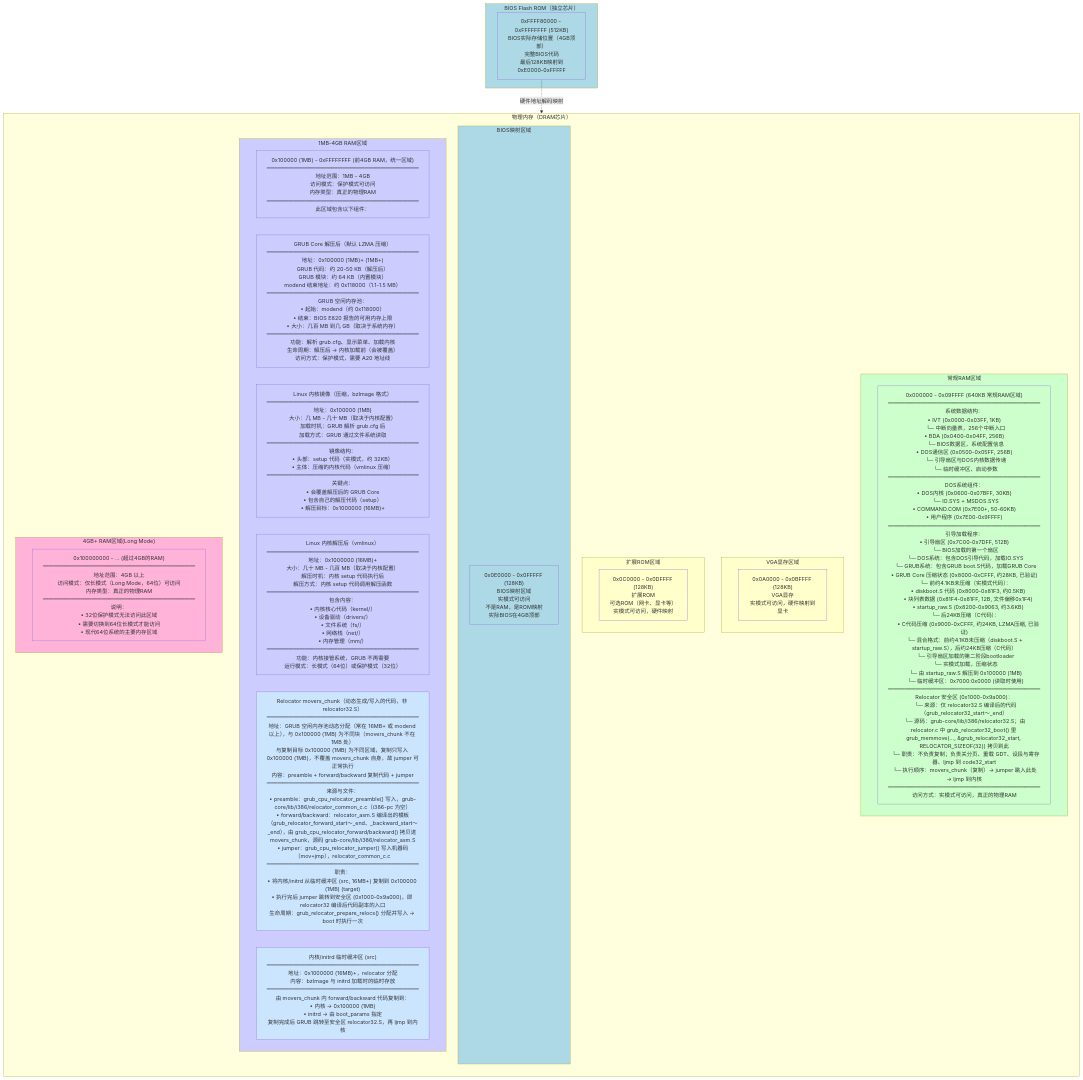
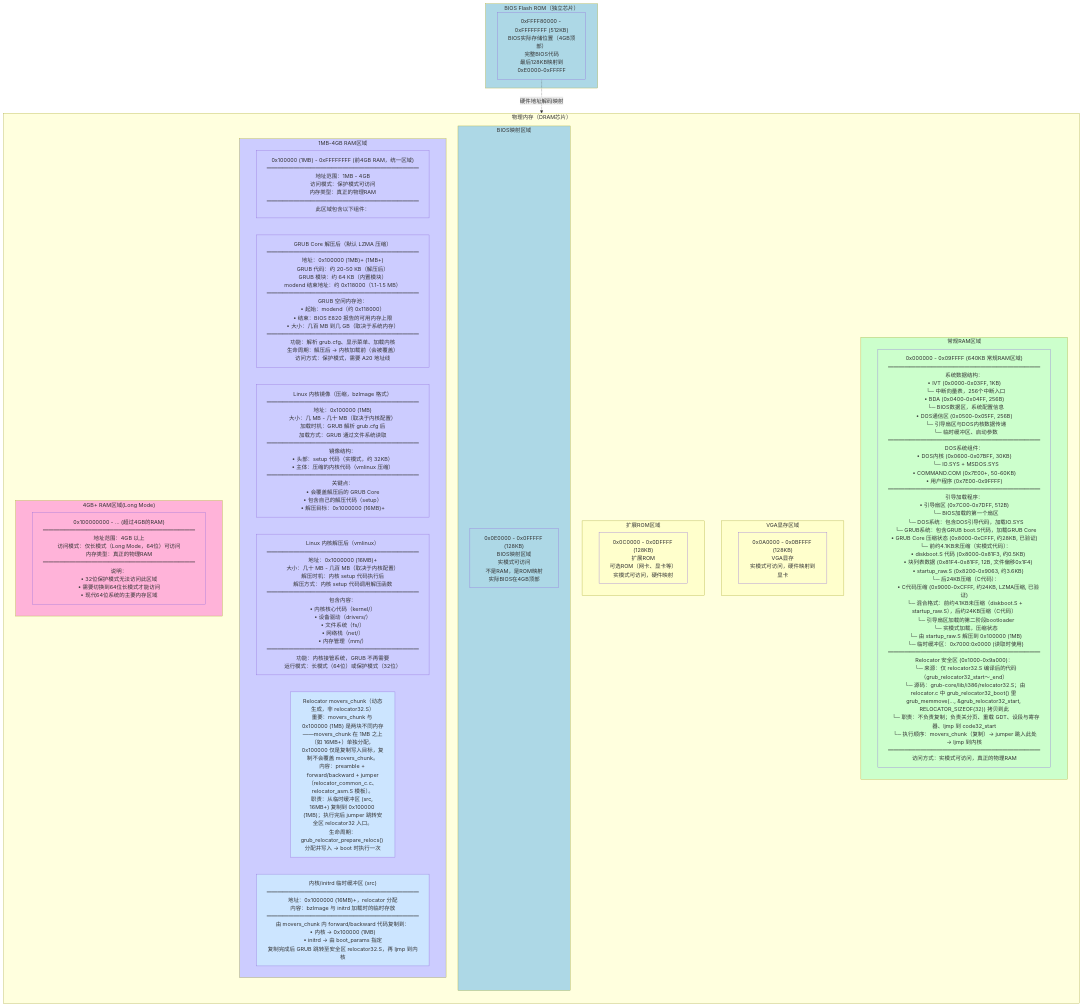
Before and after one commit to liweinan/bootimage-example: the diagram in BIOS_MEMORY_LAYOUT.md, drawn with Mermaid. The commit also changed 1 other file, not shown here.

Commit message:
doc: 精简 RelocatorMovers 描述，在 Relocator 执行总览开头突出 movers_chunk 与 0x100000 为两块不同内存

````diff
--- a/BIOS_MEMORY_LAYOUT.md
+++ b/BIOS_MEMORY_LAYOUT.md
@@ -287,61 +287,61 @@
    ```mermaid
    flowchart TB
        subgraph DRAM["物理内存（DRAM芯片）"]
            direction TB
            
            subgraph Low640KB["常规RAM区域"]
                LowRAM["0x000000 - 0x09FFFF (640KB 常规RAM区域)<br/>━━━━━━━━━━━━━━━━━━━━━━━━━━━━<br/>系统数据结构：<br/>• IVT (0x0000-0x03FF, 1KB)<br/>  └─ 中断向量表，256个中断入口<br/>• BDA (0x0400-0x04FF, 256B)<br/>  └─ BIOS数据区，系统配置信息<br/>• DOS通信区 (0x0500-0x05FF, 256B)<br/>  └─ 引导扇区与DOS内核数据传递<br/>  └─ 临时缓冲区、启动参数<br/>━━━━━━━━━━━━━━━━━━━━━━━━━━━━<br/>DOS系统组件：<br/>• DOS内核 (0x0600-0x07BFF, 30KB)<br/>  └─ IO.SYS + MSDOS.SYS<br/>• COMMAND.COM (0x7E00+, 50-60KB)<br/>• 用户程序 (0x7E00-0x9FFFF)<br/>━━━━━━━━━━━━━━━━━━━━━━━━━━━━<br/>引导加载程序：<br/>• 引导扇区 (0x7C00-0x7DFF, 512B)<br/>  └─ BIOS加载的第一个扇区<br/>  └─ DOS系统：包含DOS引导代码，加载IO.SYS<br/>  └─ GRUB系统：包含GRUB boot.S代码，加载GRUB Core<br/>• GRUB Core 压缩状态 (0x8000-0xCFFF, 约28KB, 已验证)<br/>  └─ 前约4.1KB未压缩（实模式代码）：<br/>     • diskboot.S 代码 (0x8000-0x81F3, 约0.5KB)<br/>     • 块列表数据 (0x81F4-0x81FF, 12B, 文件偏移0x1F4)<br/>     • startup_raw.S (0x8200-0x9063, 约3.6KB)<br/>  └─ 后24KB压缩（C代码）：<br/>     • C代码压缩 (0x9000-0xCFFF, 约24KB, LZMA压缩, 已验证)<br/>  └─ 混合格式：前约4.1KB未压缩（diskboot.S + startup_raw.S），后约24KB压缩（C代码）<br/>  └─ 引导扇区加载的第二阶段bootloader<br/>  └─ 实模式加载，压缩状态<br/>  └─ 由 startup_raw.S 解压到 0x100000 (1MB)<br/>  └─ 临时缓冲区：0x7000:0x0000 (读取时使用)<br/>━━━━━━━━━━━━━━━━━━━━━━━━━━━━<br/>Relocator 安全区 (0x1000-0x9a000)：<br/>  └─ 来源：仅 relocator32.S 编译后的代码（grub_relocator32_start～_end）<br/>  └─ 源码：grub-core/lib/i386/relocator32.S；由 relocator.c 中 grub_relocator32_boot() 里 grub_memmove(..., &grub_relocator32_start, RELOCATOR_SIZEOF(32)) 拷贝到此<br/>  └─ 职责：不负责复制；负责关分页、重载 GDT、设段与寄存器、ljmp 到 code32_start<br/>  └─ 执行顺序：movers_chunk（复制）→ jumper 跳入此处 → ljmp 到内核<br/>━━━━━━━━━━━━━━━━━━━━━━━━━━━━<br/>访问方式：实模式可访问，真正的物理RAM"]
            end
            
            subgraph VGARAM["VGA显存区域"]
                VGAMem["0x0A0000 - 0x0BFFFF (128KB)<br/>VGA显存<br/>实模式可访问，硬件映射到显卡"]
            end
            
            subgraph ExtROM["扩展ROM区域"]
                OptionROM["0x0C0000 - 0x0DFFFF (128KB)<br/>扩展ROM<br/>可选ROM（网卡、显卡等）<br/>实模式可访问，硬件映射"]
            end
            
            subgraph BIOSMap["BIOS映射区域"]
                BIOSMapped["0x0E0000 - 0x0FFFFF (128KB)<br/>BIOS映射区域<br/>实模式可访问<br/>不是RAM，是ROM映射<br/>实际BIOS在4GB顶部"]
            end
            
            subgraph Above1MB["1MB-4GB RAM区域"]
                RAM4GB["0x100000 (1MB) - 0xFFFFFFFF (前4GB RAM，统一区域)<br/>━━━━━━━━━━━━━━━━━━━━━━━━━━━━<br/>地址范围：1MB - 4GB<br/>访问模式：保护模式可访问<br/>内存类型：真正的物理RAM<br/>━━━━━━━━━━━━━━━━━━━━━━━━━━━━<br/>此区域包含以下组件："]
                GRUBDecomp["GRUB Core 解压后（默认 LZMA 压缩）<br/>━━━━━━━━━━━━━━━━━━━━━━━━━━━━<br/>地址：0x100000 (1MB)+ (1MB+)<br/>GRUB 代码：约 20-50 KB（解压后）<br/>GRUB 模块：约 64 KB（内置模块）<br/>modend 结束地址：约 0x118000（1.1-1.5 MB）<br/>━━━━━━━━━━━━━━━━━━━━━━━━━━━━<br/>GRUB 空闲内存池：<br/>• 起始：modend（约 0x118000）<br/>• 结束：BIOS E820 报告的可用内存上限<br/>• 大小：几百 MB 到几 GB（取决于系统内存）<br/>━━━━━━━━━━━━━━━━━━━━━━━━━━━━<br/>功能：解析 grub.cfg、显示菜单、加载内核<br/>生命周期：解压后 → 内核加载前（会被覆盖）<br/>访问方式：保护模式，需要 A20 地址线"]
                KernelLoad["Linux 内核镜像（压缩，bzImage 格式）<br/>━━━━━━━━━━━━━━━━━━━━━━━━━━━━<br/>地址：0x100000 (1MB)<br/>大小：几 MB - 几十 MB（取决于内核配置）<br/>加载时机：GRUB 解析 grub.cfg 后<br/>加载方式：GRUB 通过文件系统读取<br/>━━━━━━━━━━━━━━━━━━━━━━━━━━━━<br/>镜像结构：<br/>• 头部：setup 代码（实模式，约 32KB）<br/>• 主体：压缩的内核代码（vmlinux 压缩）<br/>━━━━━━━━━━━━━━━━━━━━━━━━━━━━<br/>关键点：<br/>• 会覆盖解压后的 GRUB Core<br/>• 包含自己的解压代码（setup）<br/>• 解压目标：0x1000000 (16MB)+"]
                KernelDecomp["Linux 内核解压后（vmlinux）<br/>━━━━━━━━━━━━━━━━━━━━━━━━━━━━<br/>地址：0x1000000 (16MB)+<br/>大小：几十 MB - 几百 MB（取决于内核配置）<br/>解压时机：内核 setup 代码执行后<br/>解压方式：内核 setup 代码调用解压函数<br/>━━━━━━━━━━━━━━━━━━━━━━━━━━━━<br/>包含内容：<br/>• 内核核心代码（kernel/）<br/>• 设备驱动（drivers/）<br/>• 文件系统（fs/）<br/>• 网络栈（net/）<br/>• 内存管理（mm/）<br/>━━━━━━━━━━━━━━━━━━━━━━━━━━━━<br/>功能：内核接管系统，GRUB 不再需要<br/>运行模式：长模式（64位）或保护模式（32位）"]
-               RelocatorMovers["Relocator movers_chunk（动态生成/写入的代码，非 relocator32.S）<br/>━━━━━━━━━━━━━━━━━━━━━━━━━━━━<br/>地址：GRUB 空闲内存池动态分配（常在 16MB+ 或 modend 以上），与 0x100000 (1MB) 为不同块（movers_chunk 不在 1MB 处）<br/>与复制目标 0x100000 (1MB) 为不同区域，复制只写入 0x100000 (1MB)，不覆盖 movers_chunk 自身，故 jumper 可正常执行<br/>内容：preamble + forward/backward 复制代码 + jumper<br/>━━━━━━━━━━━━━━━━━━━━━━━━━━━━<br/>来源与文件：<br/>• preamble：grub_cpu_relocator_preamble() 写入，grub-core/lib/i386/relocator_common_c.c（i386-pc 为空）<br/>• forward/backward：relocator_asm.S 编译出的模板（grub_relocator_forward_start～_end、_backward_start～_end），由 grub_cpu_relocator_forward/backward() 拷贝进 movers_chunk，源码 grub-core/lib/i386/relocator_asm.S<br/>• jumper：grub_cpu_relocator_jumper() 写入机器码（mov+jmp），relocator_common_c.c<br/>━━━━━━━━━━━━━━━━━━━━━━━━━━━━<br/>职责：<br/>• 将内核/initrd 从临时缓冲区 (src, 16MB+) 复制到 0x100000 (1MB) (target)<br/>• 执行完后 jumper 跳转到安全区 (0x1000-0x9a000)，即 relocator32 编译后代码副本的入口<br/>生命周期：grub_relocator_prepare_relocs() 分配并写入 → boot 时执行一次"]
+               RelocatorMovers["Relocator movers_chunk（动态生成，非 relocator32.S）<br/>重要：movers_chunk 与 0x100000 (1MB) 是两块不同内存——movers_chunk 在 1MB 之上（如 16MB+）单独分配，0x100000 仅是复制写入目标，复制不会覆盖 movers_chunk。<br/>内容：preamble + forward/backward + jumper（relocator_common_c.c、relocator_asm.S 模板）。<br/>职责：从临时缓冲区 (src, 16MB+) 复制到 0x100000 (1MB)；执行完后 jumper 跳转安全区 relocator32 入口。<br/>生命周期：grub_relocator_prepare_relocs() 分配并写入 → boot 时执行一次"]
                KernelTempBuf["内核/initrd 临时缓冲区 (src)<br/>━━━━━━━━━━━━━━━━━━━━━━━━━━━━<br/>地址：0x1000000 (16MB)+，relocator 分配<br/>内容：bzImage 与 initrd 加载时的临时存放<br/>━━━━━━━━━━━━━━━━━━━━━━━━━━━━<br/>由 movers_chunk 内 forward/backward 代码复制到：<br/>• 内核 → 0x100000 (1MB)<br/>• initrd → 由 boot_params 指定<br/>复制完成后 GRUB 跳转至安全区 relocator32.S，再 ljmp 到内核"]
            end
            
            subgraph Above4GB["4GB+ RAM区域(Long Mode)"]
                RAM8GB["0x100000000 - ... (超过4GB的RAM)<br/>━━━━━━━━━━━━━━━━━━━━━━━━━━━━<br/>地址范围：4GB 以上<br/>访问模式：仅长模式（Long Mode，64位）可访问<br/>内存类型：真正的物理RAM<br/>━━━━━━━━━━━━━━━━━━━━━━━━━━━━<br/>说明：<br/>• 32位保护模式无法访问此区域<br/>• 需要切换到64位长模式才能访问<br/>• 现代64位系统的主要内存区域"]
            end
        end
        
        subgraph BIOSROM["BIOS Flash ROM（独立芯片）"]
            BIOSFull["0xFFFF80000 - 0xFFFFFFFF (512KB)<br/>BIOS实际存储位置（4GB顶部）<br/>完整BIOS代码<br/>最后128KB映射到0xE0000-0xFFFFF"]
        end
        
        BIOSFull -.->|"硬件地址解码映射"| BIOSMapped
        
        style Low640KB fill:#ccffcc
        style LowRAM fill:#ccffcc
        style VGARAM fill:#ffffcc
        style VGAMem fill:#ffffcc
        style ExtROM fill:#ffffcc
        style OptionROM fill:#ffffcc
        style BIOSMap fill:#add8e6
        style BIOSMapped fill:#add8e6
        style Above1MB fill:#ccccff
        style RAM4GB fill:#ccccff
        style GRUBDecomp fill:#ccccff
        style KernelLoad fill:#ccccff
        style KernelDecomp fill:#ccccff
        style RelocatorMovers fill:#cce5ff
        style KernelTempBuf fill:#cce5ff
        style Above4GB fill:#ffb3d9
        style RAM8GB fill:#ffb3d9
        style BIOSROM fill:#add8e6
        style BIOSFull fill:#add8e6
    ```
````
